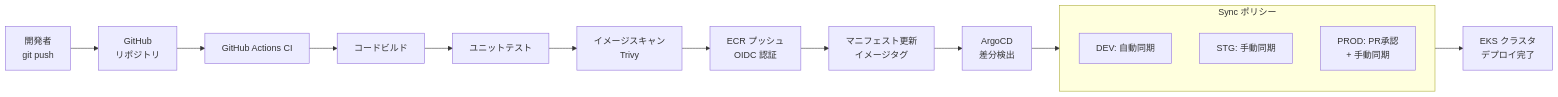
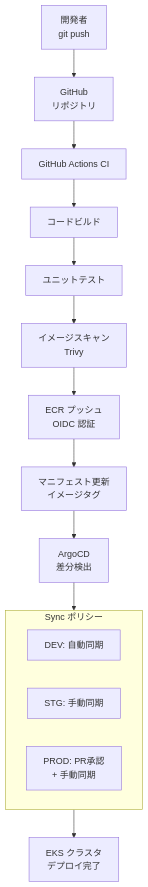
Before and after one commit to suwa-sh/multi-cloud-lifecycle-skills: the second of 5 diagrams in sample/docs/cloud-context/generated-md/shared-platform/shared-platform-architecture.md, drawn with Mermaid. The commit also changed 1 other file, not shown here.

Commit message:
docs: サンプル説明

````diff
--- a/sample/docs/cloud-context/generated-md/shared-platform/shared-platform-architecture.md
+++ b/sample/docs/cloud-context/generated-md/shared-platform/shared-platform-architecture.md
@@ -71,20 +71,20 @@
 ```mermaid
-graph LR
+graph TD
   dev["開発者<br/>git push"] --> gh["GitHub<br/>リポジトリ"]
   gh --> ci["GitHub Actions CI"]
   ci --> build["コードビルド"]
   build --> test["ユニットテスト"]
   test --> scan["イメージスキャン<br/>Trivy"]
   scan --> push["ECR プッシュ<br/>OIDC 認証"]
   push --> manifest["マニフェスト更新<br/>イメージタグ"]
   manifest --> argocd["ArgoCD<br/>差分検出"]
 
   subgraph syncPolicy["Sync ポリシー"]
     devSync["DEV: 自動同期"]
     stgSync["STG: 手動同期"]
     prodSync["PROD: PR承認<br/>+ 手動同期"]
   end
 
   argocd --> syncPolicy
   syncPolicy --> eksCluster["EKS クラスタ<br/>デプロイ完了"]
 ```
````
